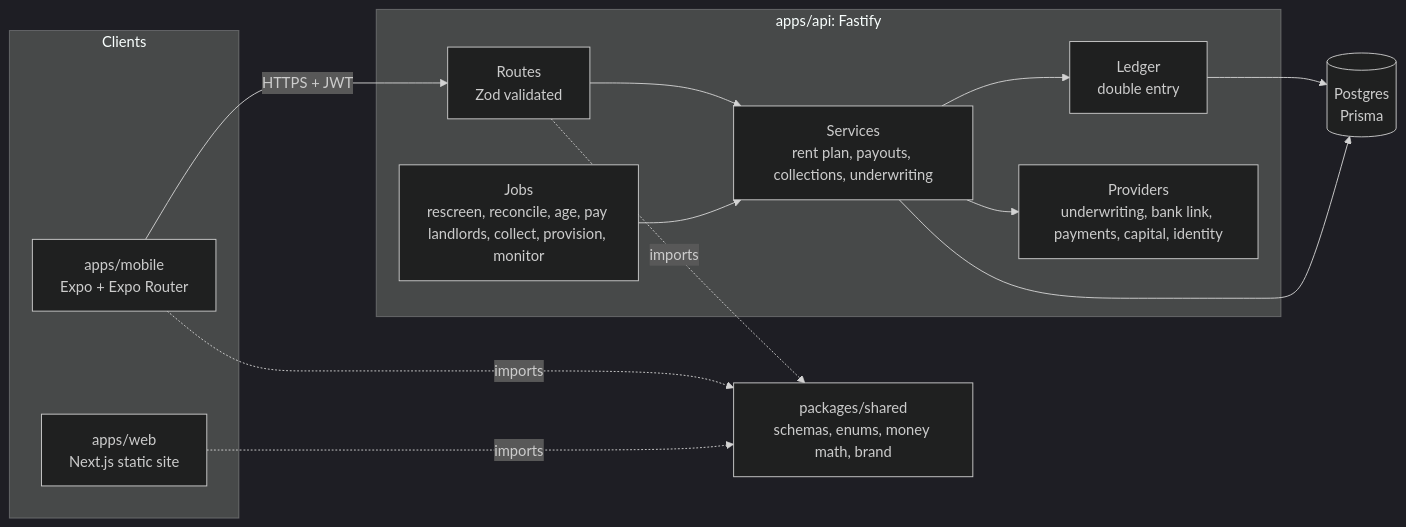
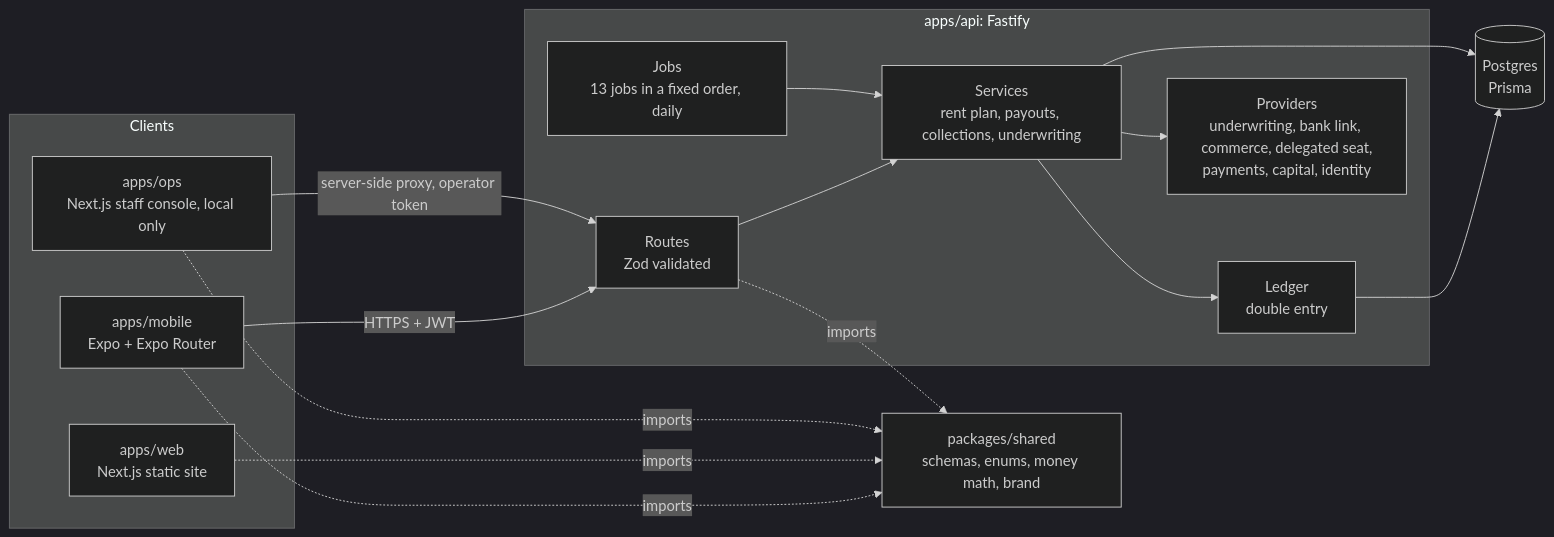
Before and after one commit to trevorfrese/cashflow: the first of 6 diagrams in ARCHITECTURE.md, drawn with Mermaid (dark theme). The commit also changed other lines of this file and 14 other files, not shown here.

````diff
--- a/ARCHITECTURE.md
+++ b/ARCHITECTURE.md
@@ -8,26 +15,29 @@
 ```mermaid
 flowchart LR
   subgraph Clients
     M[apps/mobile<br/>Expo + Expo Router]
     W[apps/web<br/>Next.js static site]
+    O[apps/ops<br/>Next.js staff console, local only]
   end
   subgraph API[apps/api: Fastify]
     R[Routes<br/>Zod validated]
     S[Services<br/>rent plan, payouts, collections, underwriting]
     L[Ledger<br/>double entry]
-    J[Jobs<br/>rescreen, reconcile, age, pay landlords, collect, provision, monitor]
-    P[Providers<br/>underwriting, bank link, payments, capital, identity]
+    J[Jobs<br/>13 jobs in a fixed order, daily]
+    P[Providers<br/>underwriting, bank link, commerce, delegated seat,<br/>payments, capital, identity]
   end
   DB[(Postgres<br/>Prisma)]
   SH[packages/shared<br/>schemas, enums, money math, brand]
   M -->|HTTPS + JWT| R
+  O -->|server-side proxy, operator token| R
   R --> S
   J --> S
   S --> L
   S --> P
   L --> DB
   S --> DB
   M -.imports.-> SH
   R -.imports.-> SH
   W -.imports.-> SH
+  O -.imports.-> SH
 ```
````
